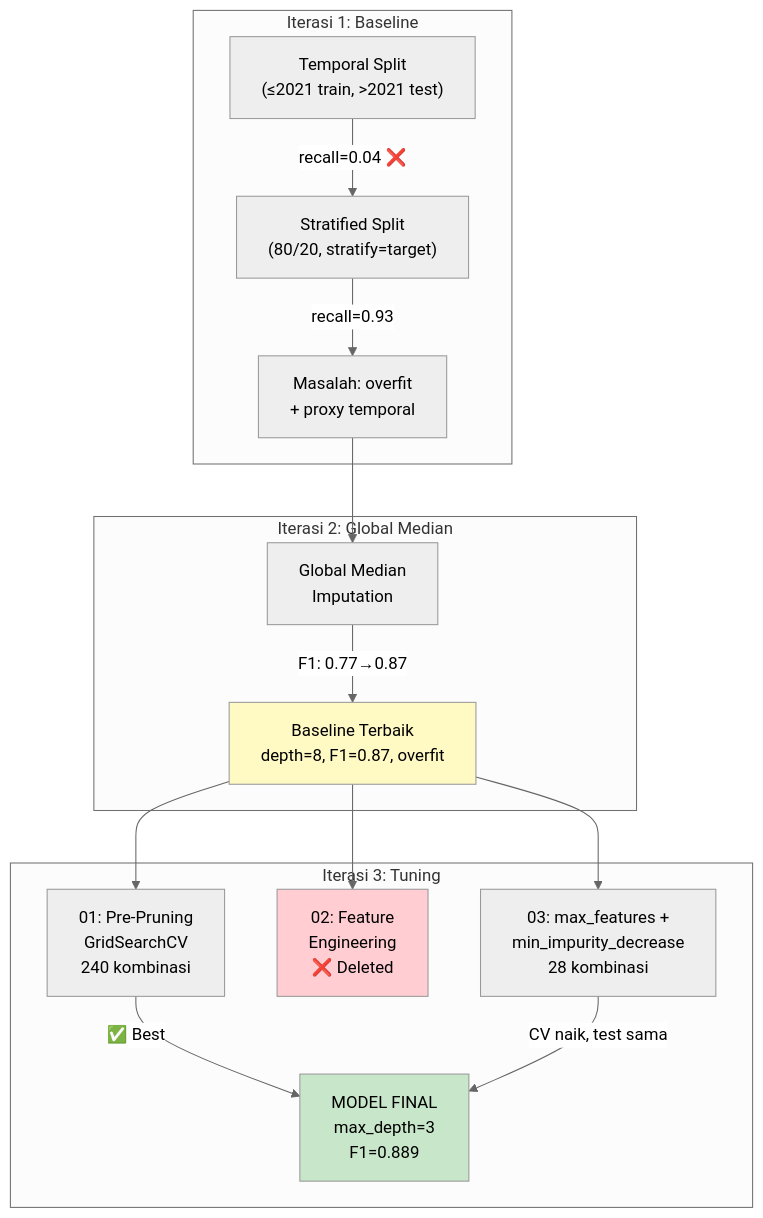
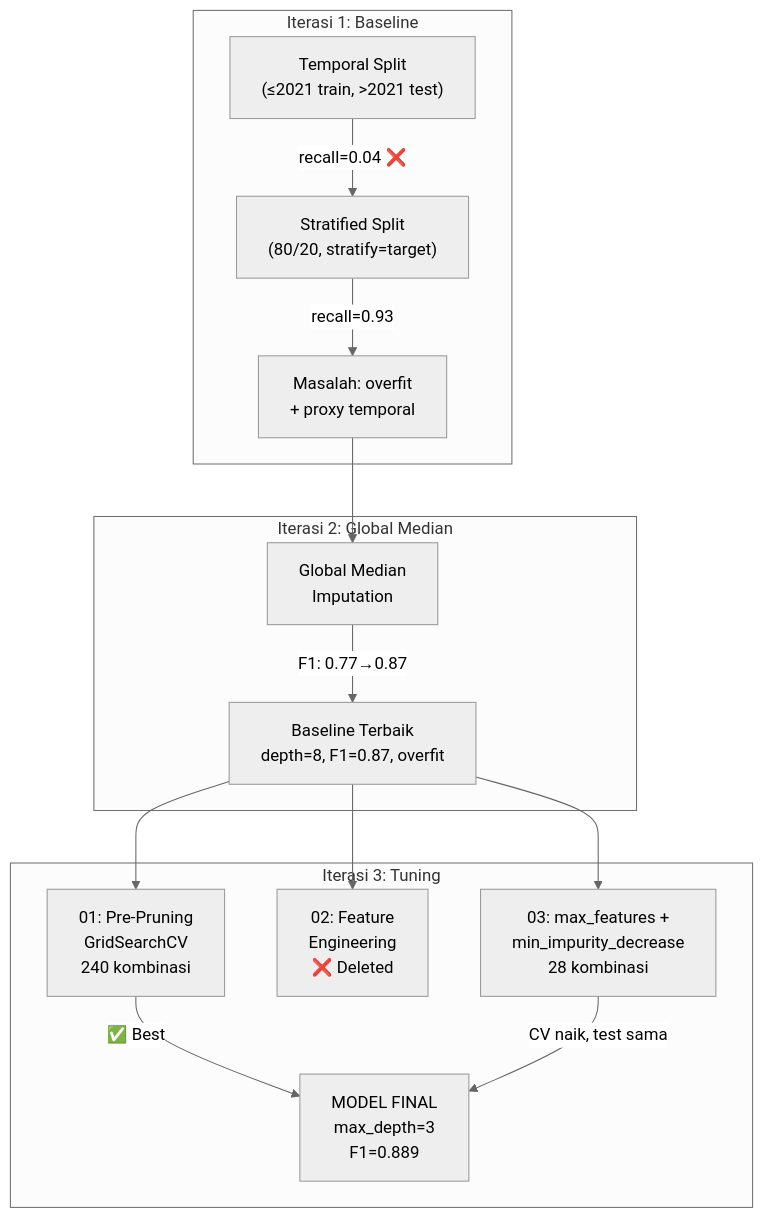
The first of 2 diagrams in 4-modeling/README.md (ekastn/dm-prediksi-ketepatan-lulus), drawn with Mermaid (neutral theme) before and after one commit. The commit also changed other lines of this file and 18 other files, not shown here.

````diff
--- a/4-modeling/README.md
+++ b/4-modeling/README.md
@@ -28,24 +26,20 @@
 ```mermaid
 flowchart TD
     subgraph I1["Iterasi 1: Baseline"]
         T["Temporal Split<br/>(≤2021 train, >2021 test)"] -->|recall=0.04 ❌| S["Stratified Split<br/>(80/20, stratify=target)"]
         S -->|recall=0.93| P["Masalah: overfit<br/>+ proxy temporal"]
     end
 
     subgraph I2["Iterasi 2: Global Median"]
         P --> G["Global Median<br/>Imputation"]
         G -->|"F1: 0.77→0.87"| BL["Baseline Terbaik<br/>depth=8, F1=0.87, overfit"]
     end
 
     subgraph I3["Iterasi 3: Tuning"]
         BL --> E1["01: Pre-Pruning<br/>GridSearchCV<br/>240 kombinasi"]
         BL --> E2["02: Feature<br/>Engineering<br/>❌ Deleted"]
         BL --> E3["03: max_features +<br/>min_impurity_decrease<br/>28 kombinasi"]
         E1 -->|✅ Best| FINAL["MODEL FINAL<br/>max_depth=3<br/>F1=0.889"]
         E3 -->|"CV naik, test sama"| FINAL
     end
-
-    style E2 fill:#ffcdd2
-    style FINAL fill:#c8e6c9
-    style BL fill:#fff9c4
 ```
````
